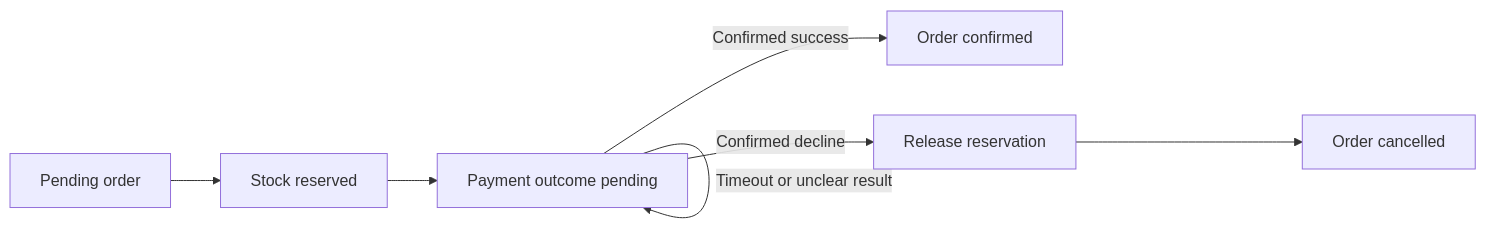
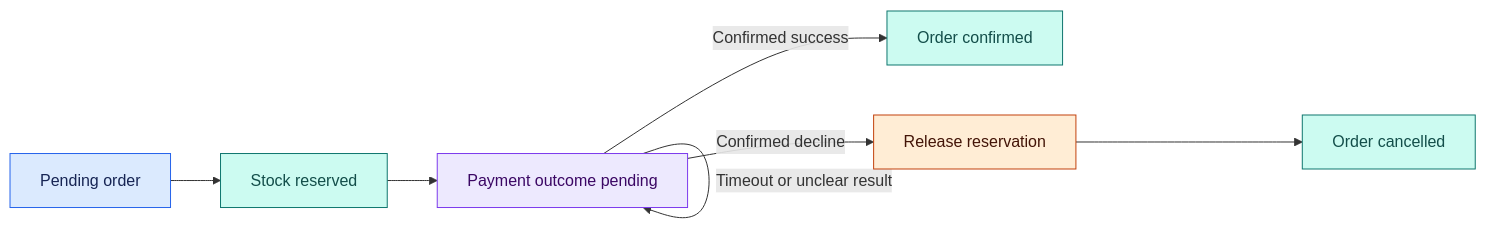
One commit to Shaktiprasadram22/system-design-26-week-roadmap changed the fifth of 7 diagrams in chapters/02-core-system-design.md. Above: the diagram before and after it, drawn with Mermaid. The commit also changed other lines of this file and 21 other files, not shown here.

````diff
--- a/chapters/02-core-system-design.md
+++ b/chapters/02-core-system-design.md
@@ -336,9 +381,18 @@
 ```mermaid
 flowchart LR
     P["Pending order"] --> R["Stock reserved"]
     R --> U["Payment outcome pending"]
     U -->|Confirmed success| C["Order confirmed"]
     U -->|Confirmed decline| X["Release reservation"]
     X --> D["Order cancelled"]
     U -->|Timeout or unclear result| U
+
+    classDef input fill:#dbeafe,stroke:#2563eb,color:#172554;
+    classDef service fill:#ede9fe,stroke:#7c3aed,color:#3b0764;
+    classDef data fill:#ccfbf1,stroke:#0f766e,color:#134e4a;
+    classDef edge fill:#ffedd5,stroke:#c2410c,color:#431407;
+    class P input;
+    class R,C,D data;
+    class U service;
+    class X edge;
 ```
````
